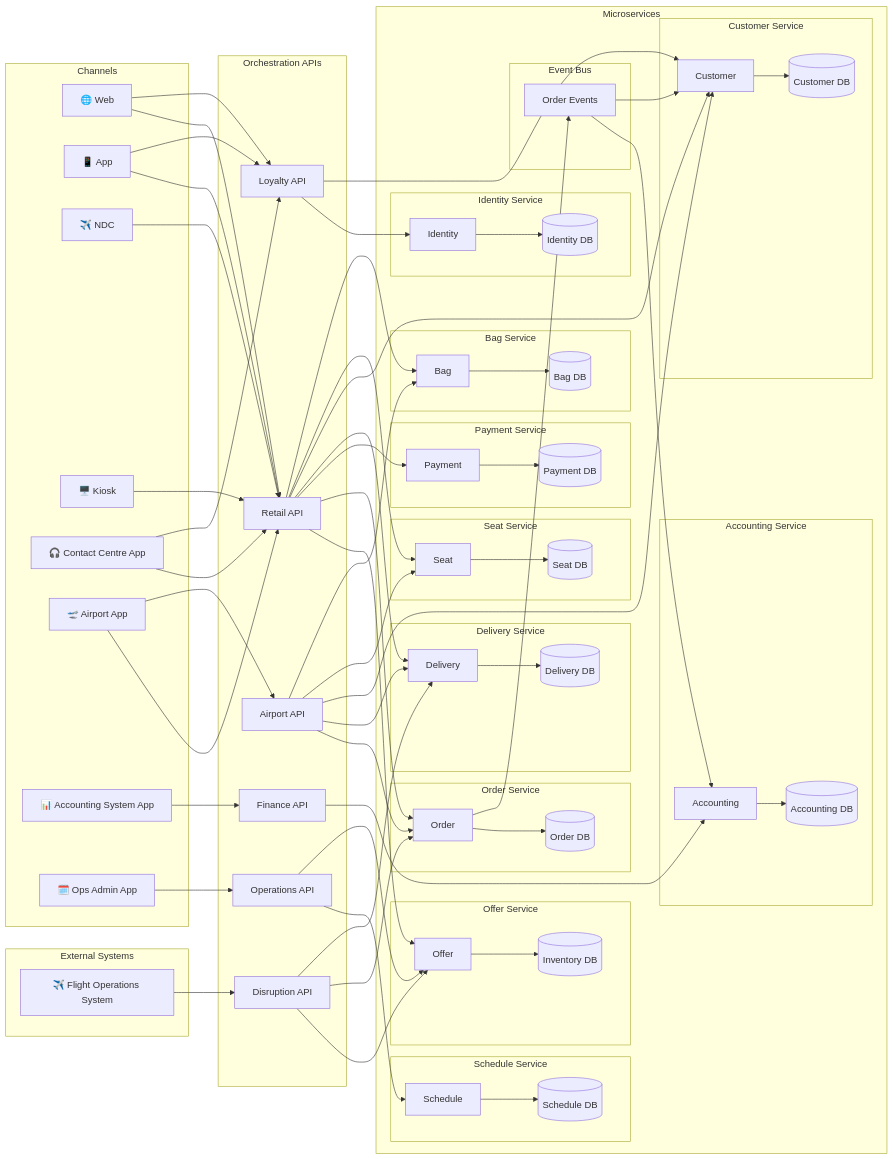
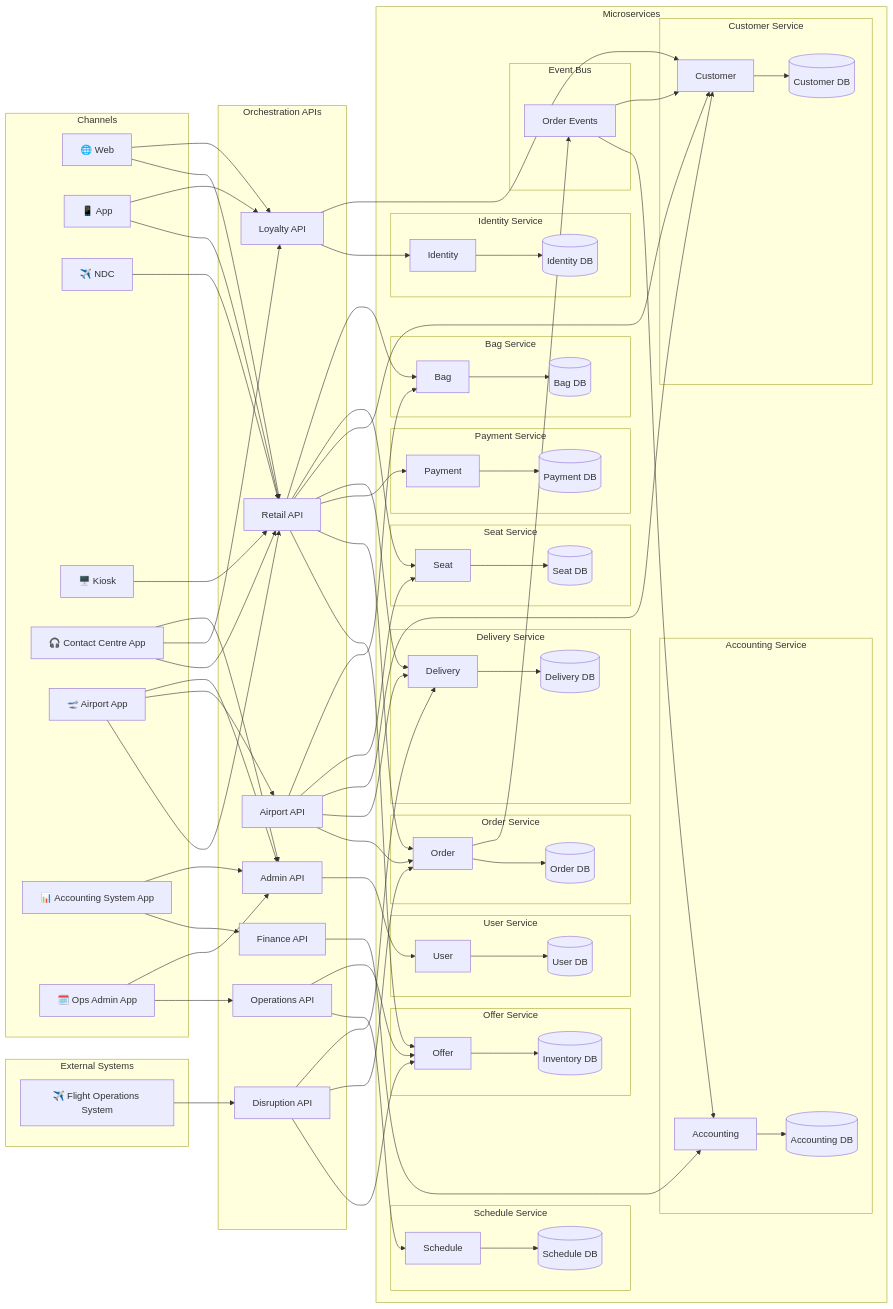
Before and after one commit to sebharvey/airline-reservation-system: the diagram in documentation/system-overview.md, drawn with Mermaid. The commit also changed other lines of this file and 3 other files, not shown here.

First line of the commit message:
Document Admin API — staff authentication orchestration layer

```diff
--- a/documentation/system-overview.md
+++ b/documentation/system-overview.md
@@ -105,6 +108,7 @@
         FINANCE_API[Finance API]
         DISRUPTION_API[Disruption API]
         OPERATIONS_API[Operations API]
+        ADMIN_API[Admin API]
     end
 
     subgraph Microservices
@@ -158,6 +162,11 @@
             SCHEDULE_DB[(Schedule DB)]
         end
 
+        subgraph USER_SVC["User Service"]
+            USER[User]
+            USER_DB[(User DB)]
+        end
+
         subgraph Events["Event Bus"]
             EVT[Order Events]
         end
@@ -173,6 +182,7 @@
     AIRPORT --> AIRPORT_API
     ACCT_CH --> FINANCE_API
     OPS_APP --> OPERATIONS_API
+    CC & AIRPORT & ACCT_CH & OPS_APP --> ADMIN_API
 
     %% Orchestration → Microservices
     RETAIL_API --> OFFER & ORDER & PAYMENT & DELIVERY & CUSTOMER & SEAT & BAG
@@ -181,6 +191,7 @@
     FINANCE_API --> ACCOUNTING
     DISRUPTION_API --> OFFER & ORDER & DELIVERY
     OPERATIONS_API --> SCHEDULE & OFFER
+    ADMIN_API --> USER
 
     %% Microservice → DB
     IDENTITY --> IDENTITY_DB
@@ -193,6 +204,7 @@
     SEAT --> SEAT_DB
     BAG --> BAG_DB
     SCHEDULE --> SCHEDULE_DB
+    USER --> USER_DB
 
     %% Eventing to Accounting and Customer
     ORDER --> EVT
```
